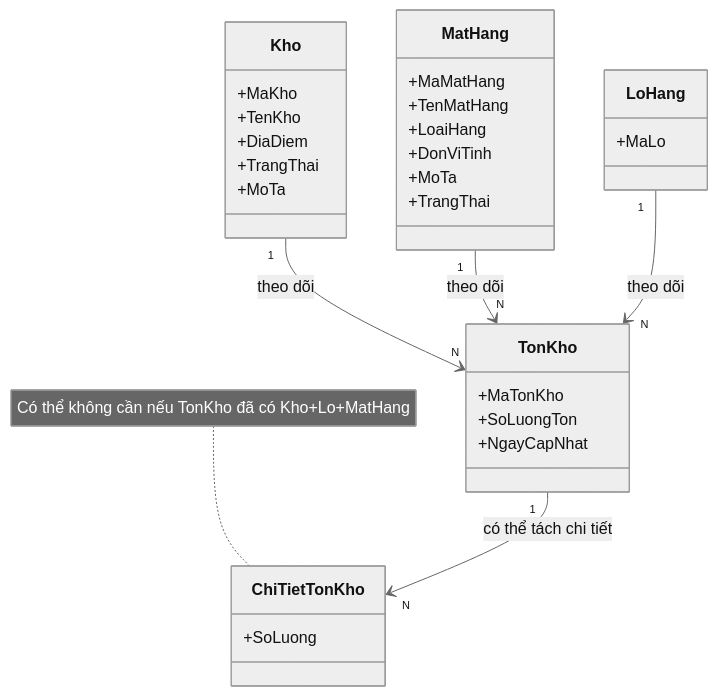
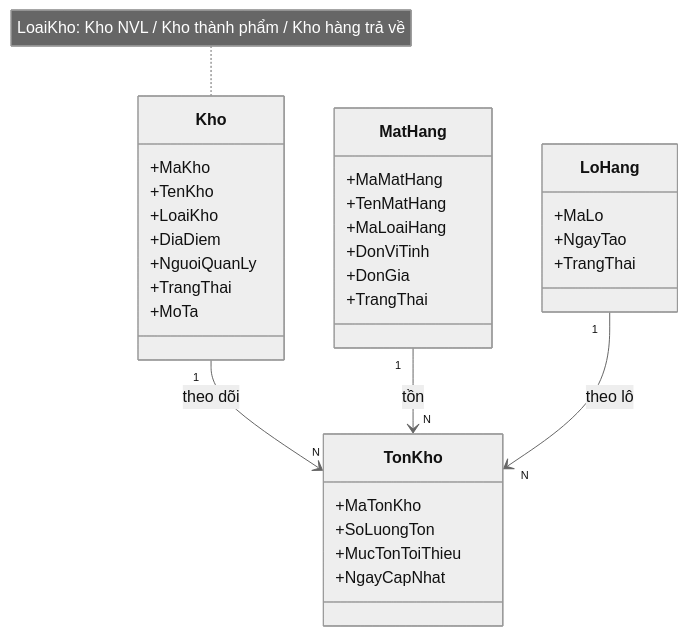
Before and after one commit to vthaix/WarehouseSystem: the ninth of 14 diagrams in WarehouseSystem_SRS_hoan_chinh.md, drawn with Mermaid (neutral theme). The commit also changed other lines of this file, not shown here.

````diff
--- a/WarehouseSystem_SRS_hoan_chinh.md
+++ b/WarehouseSystem_SRS_hoan_chinh.md
@@ -1838,35 +380,42 @@
 ```mermaid
 classDiagram
+
     class Kho {
         +MaKho
         +TenKho
+        +LoaiKho
         +DiaDiem
+        +NguoiQuanLy
         +TrangThai
         +MoTa
     }
+
     class MatHang {
         +MaMatHang
         +TenMatHang
-        +LoaiHang
+        +MaLoaiHang
         +DonViTinh
-        +MoTa
+        +DonGia
         +TrangThai
     }
+
     class LoHang {
         +MaLo
+        +NgayTao
+        +TrangThai
     }
+
     class TonKho {
         +MaTonKho
         +SoLuongTon
+        +MucTonToiThieu
         +NgayCapNhat
-    }
-    class ChiTietTonKho {
-        +SoLuong
     }
 
     Kho "1" --> "N" TonKho : theo dõi
-    MatHang "1" --> "N" TonKho : theo dõi
-    LoHang "1" --> "N" TonKho : theo dõi
-    TonKho "1" --> "N" ChiTietTonKho : có thể tách chi tiết
-    note for ChiTietTonKho "Có thể không cần nếu TonKho đã có Kho+Lo+MatHang"
+    MatHang "1" --> "N" TonKho : tồn
+    LoHang "1" --> "N" TonKho : theo lô
+
+    note for Kho "LoaiKho: Kho NVL / Kho thành phẩm / Kho hàng trả về"
+
 ```
````
